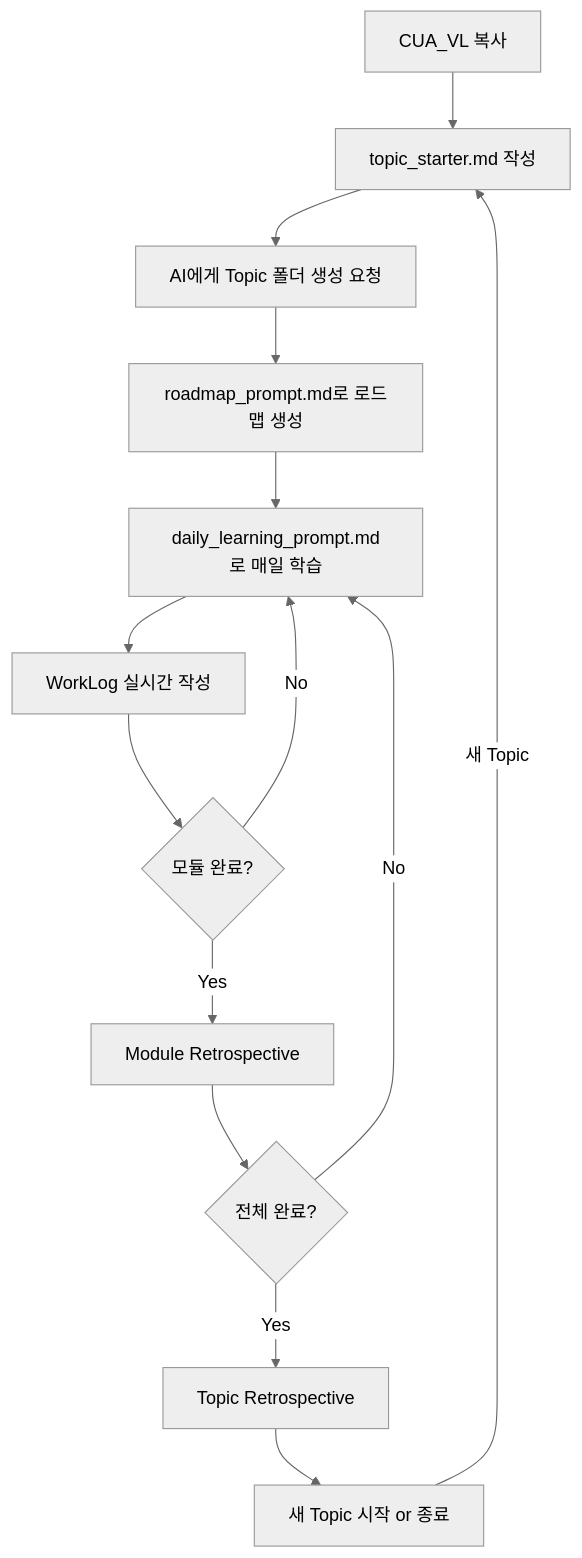
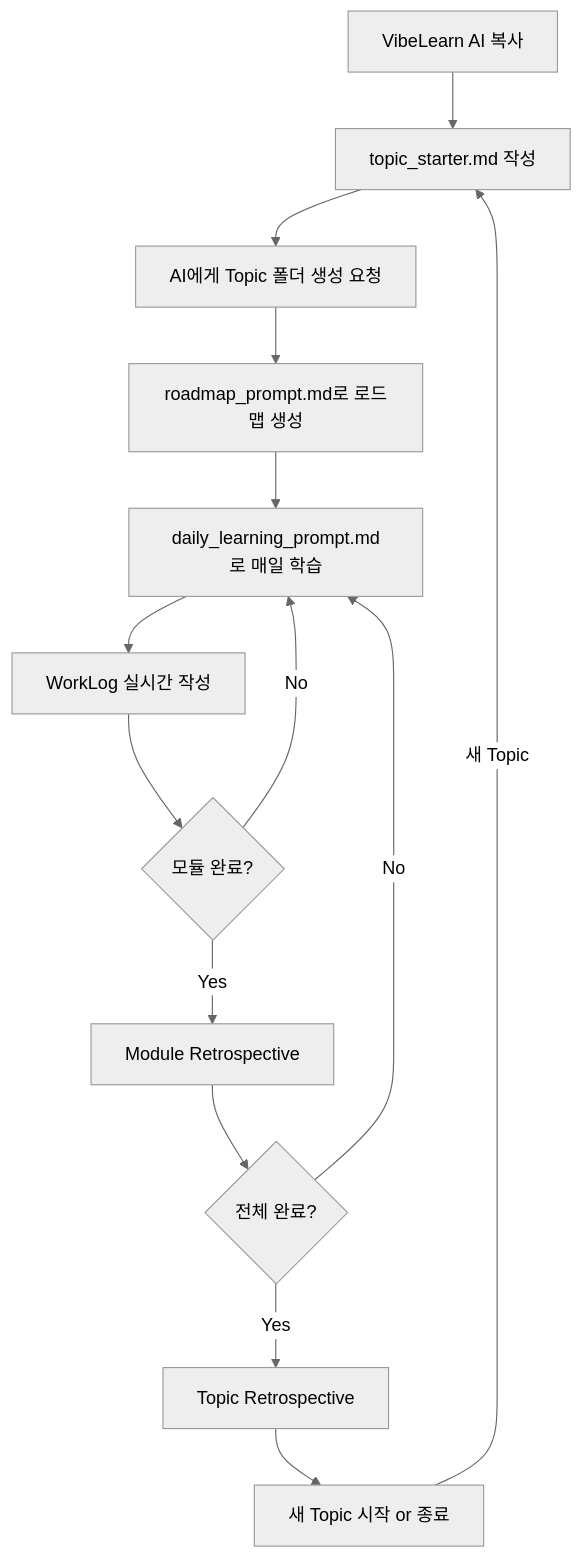
One commit to solkit70/CatchUpAI_VL changed the diagram in GETTING_STARTED.md. Above: the diagram before and after it, drawn with Mermaid (neutral theme). The commit also changed other lines of this file and 26 other files, not shown here.

````diff
--- a/GETTING_STARTED.md
+++ b/GETTING_STARTED.md
@@ -253,16 +255,16 @@
 ```mermaid
 graph TD
-    A[CUA_VL 복사] --> B[topic_starter.md 작성]
+    A[VibeLearn AI 복사] --> B[topic_starter.md 작성]
     B --> C[AI에게 Topic 폴더 생성 요청]
     C --> D[roadmap_prompt.md로 로드맵 생성]
     D --> E[daily_learning_prompt.md로 매일 학습]
     E --> F[WorkLog 실시간 작성]
     F --> G{모듈 완료?}
     G -->|No| E
     G -->|Yes| H[Module Retrospective]
     H --> I{전체 완료?}
     I -->|No| E
     I -->|Yes| J[Topic Retrospective]
     J --> K[새 Topic 시작 or 종료]
     K -->|새 Topic| B
 ```
````
